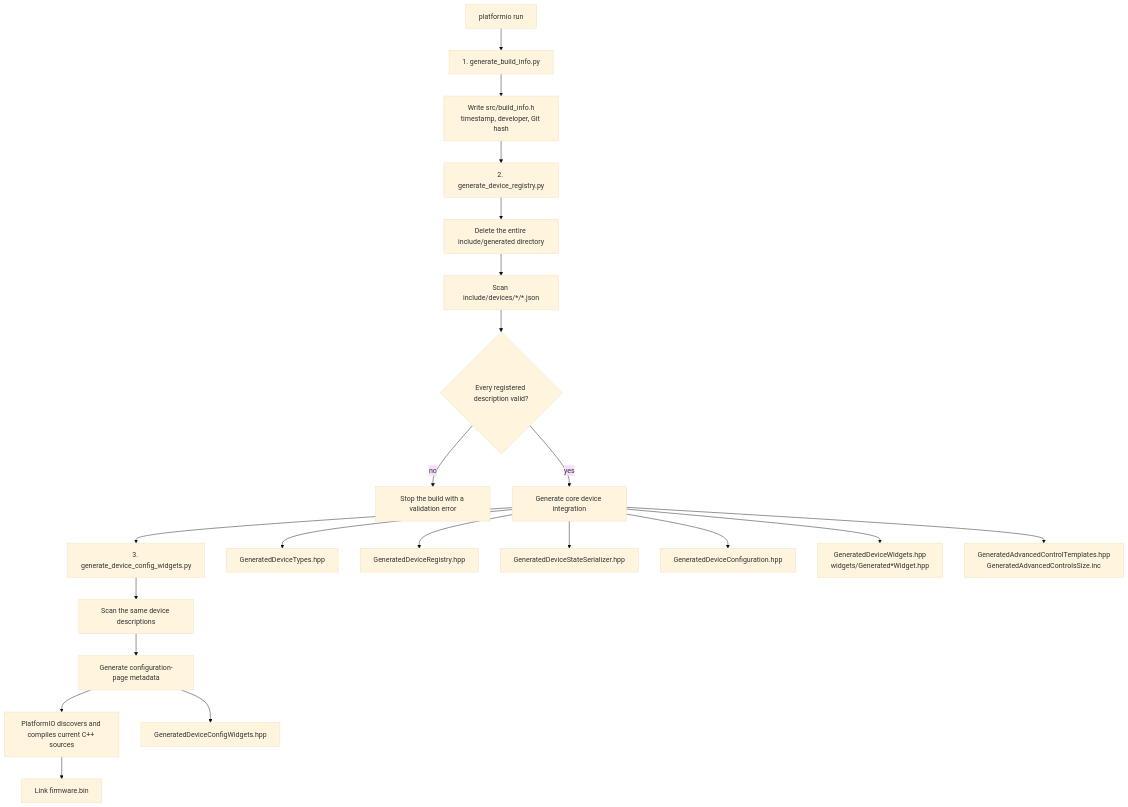
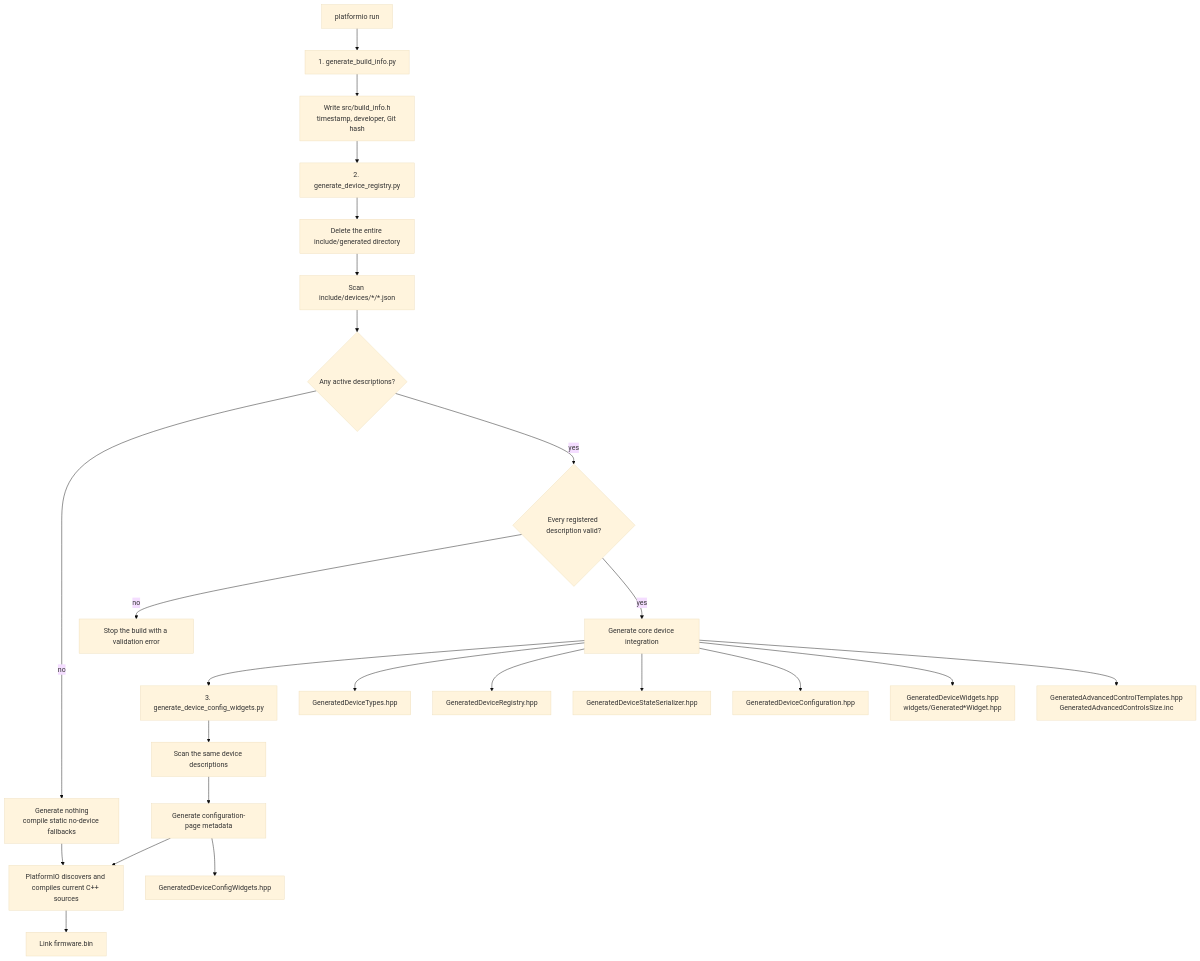
Before and after one commit to kubabec/HomeControlStation: the second of 8 diagrams in ARCHITECTURE.md, drawn with Mermaid (base theme). The commit also changed other lines of this file and 80 other files, not shown here.

````diff
--- a/ARCHITECTURE.md
+++ b/ARCHITECTURE.md
@@ -78,24 +84,28 @@
 ```mermaid
 flowchart TD
     Start["platformio run"] --> BI["1. generate_build_info.py"]
     BI --> BIO["Write src/build_info.h<br/>timestamp, developer, Git hash"]
     BIO --> Registry["2. generate_device_registry.py"]
     Registry --> Delete["Delete the entire include/generated directory"]
     Delete --> Scan["Scan include/devices/*/*.json"]
-    Scan --> Check{"Every registered description valid?"}
+    Scan --> Found{"Any active descriptions?"}
+    Found -- no --> Fallback["Generate nothing<br/>compile static no-device fallbacks"]
+    Fallback --> Compile
+    Found -- yes --> Check
+    Check{"Every registered description valid?"}
     Check -- no --> Fail["Stop the build with a validation error"]
     Check -- yes --> Core["Generate core device integration"]
     Core --> Config["3. generate_device_config_widgets.py"]
     Config --> ConfigScan["Scan the same device descriptions"]
     ConfigScan --> ConfigOut["Generate configuration-page metadata"]
     ConfigOut --> Compile["PlatformIO discovers and compiles current C++ sources"]
     Compile --> Link["Link firmware.bin"]
 
     Core --> Types["GeneratedDeviceTypes.hpp"]
     Core --> Factory["GeneratedDeviceRegistry.hpp"]
     Core --> State["GeneratedDeviceStateSerializer.hpp"]
     Core --> Pack["GeneratedDeviceConfiguration.hpp"]
     Core --> Widgets["GeneratedDeviceWidgets.hpp<br/>widgets/Generated*Widget.hpp"]
     Core --> Advanced["GeneratedAdvancedControlTemplates.hpp<br/>GeneratedAdvancedControlsSize.inc"]
     ConfigOut --> ConfigWidgets["GeneratedDeviceConfigWidgets.hpp"]
 ```
````
